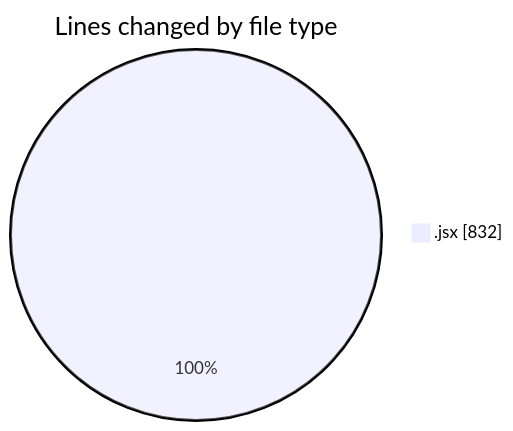
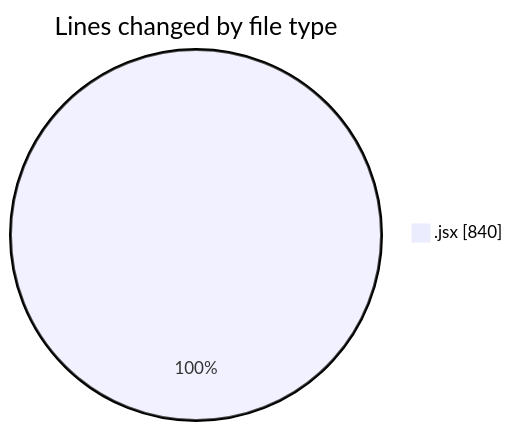
One commit to nxtqubesakshisongat/code-tracking changed the first of 2 diagrams in 2025-06-03/nxtqube_webapp/README.md. Above: the diagram before and after it, drawn with Mermaid. The commit also changed other lines of this file and 1 other file, not shown here.

````diff
--- a/2025-06-03/nxtqube_webapp/README.md
+++ b/2025-06-03/nxtqube_webapp/README.md
@@ -20,5 +20,5 @@
 ```mermaid
 pie showData
 title Lines changed by file type
-".jsx" : 832
+".jsx" : 840
 ```
````
